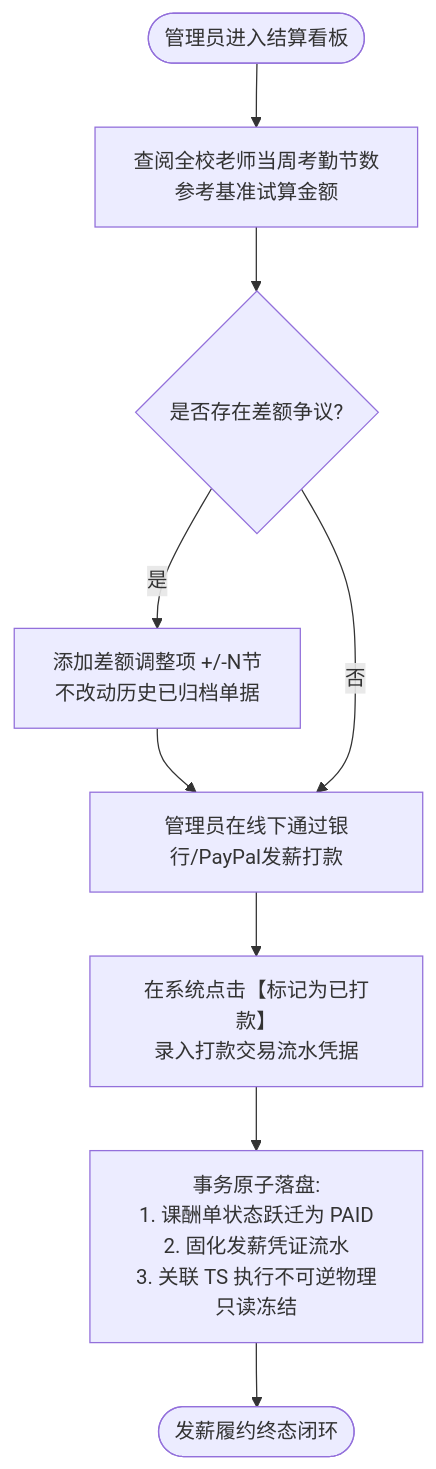
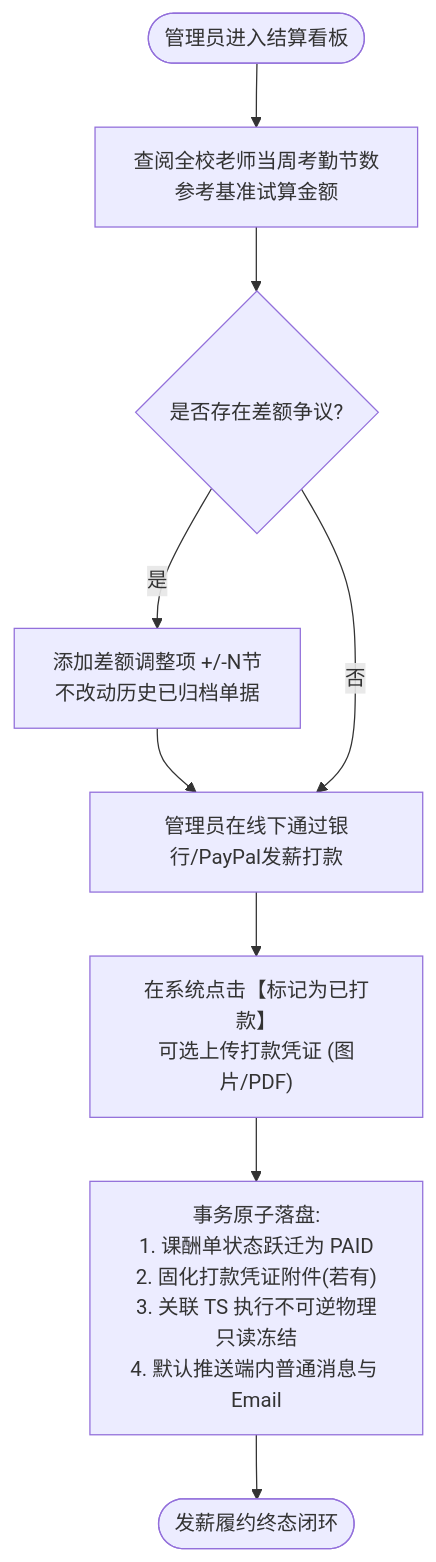
One commit to Onezao/dream changed the fourth of 4 diagrams in docs/prd/m5b_weekly_settlement.md. Above: the diagram before and after it, drawn with Mermaid. The commit also changed other lines of this file and 31 other files, not shown here.

Commit message:
docs(prd,prototype): unify price tier terminology, align M0 reuse rules, and refine M3A/M3D scheduling flows

````diff
--- a/docs/prd/m5b_weekly_settlement.md
+++ b/docs/prd/m5b_weekly_settlement.md
@@ -315,11 +318,11 @@
 ```mermaid
 flowchart TD
     AdminLogin([管理员进入结算看板]) --> ReviewGrid["查阅全校老师当周考勤节数\n参考基准试算金额"]
     ReviewGrid --> HasDispute{是否存在差额争议?}
     HasDispute -- 是 --> AddAdjust["添加差额调整项 +/-N节\n不改动历史已归档单据"]
     AddAdjust --> OfflineTransfer
     HasDispute -- 否 --> OfflineTransfer[管理员在线下通过银行/PayPal发薪打款]
-    OfflineTransfer --> MarkPaid["在系统点击【标记为已打款】\n录入打款交易流水凭据"]
-    MarkPaid --> AtomicFreeze["事务原子落盘:\n1. 课酬单状态跃迁为 PAID\n2. 固化发薪凭证流水\n3. 关联 TS 执行不可逆物理只读冻结"]
+    OfflineTransfer --> MarkPaid["在系统点击【标记为已打款】\n可选上传打款凭证 (图片/PDF)"]
+    MarkPaid --> AtomicFreeze["事务原子落盘:\n1. 课酬单状态跃迁为 PAID\n2. 固化打款凭证附件(若有)\n3. 关联 TS 执行不可逆物理只读冻结\n4. 默认推送端内普通消息与 Email"]
     AtomicFreeze --> FinalSuccess([发薪履约终态闭环])
 ```
````
